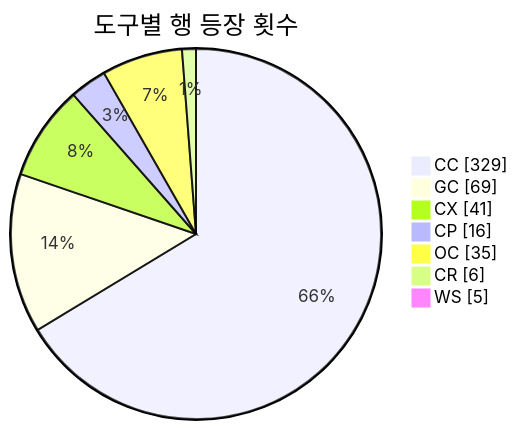
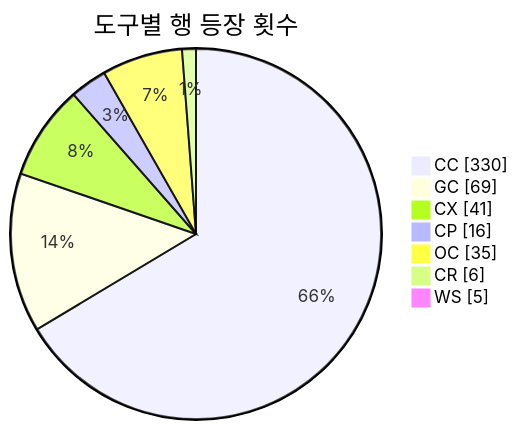
Before and after one commit to J-nowcow/awesome-korean-agent-skills: the second of 3 diagrams in README.md, drawn with Mermaid. The commit also changed other lines of this file and 4 other files, not shown here.

````diff
--- a/README.md
+++ b/README.md
@@ -193,11 +193,11 @@
 ```mermaid
 pie showData
     title 도구별 행 등장 횟수
-    "CC" : 329
+    "CC" : 330
     "GC" : 69
     "CX" : 41
     "CP" : 16
     "OC" : 35
     "CR" : 6
     "WS" : 5
 ```
````
